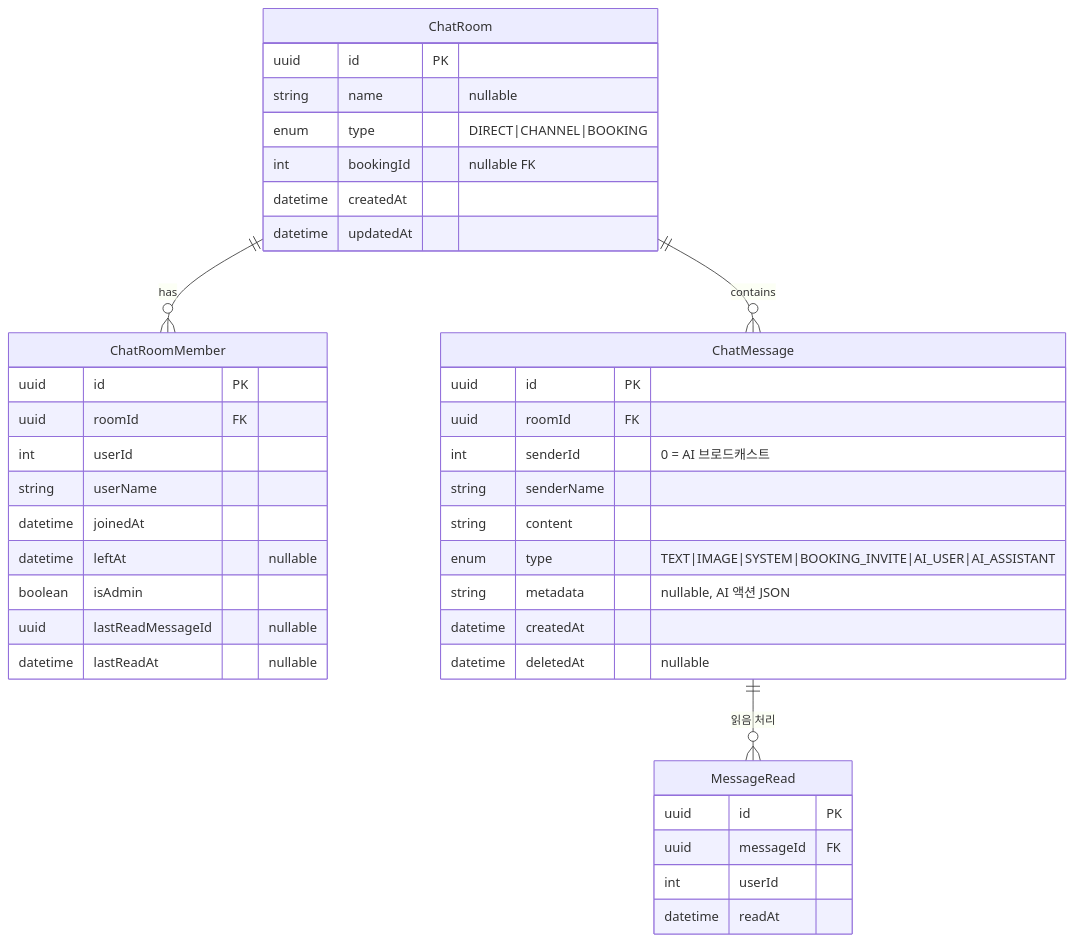
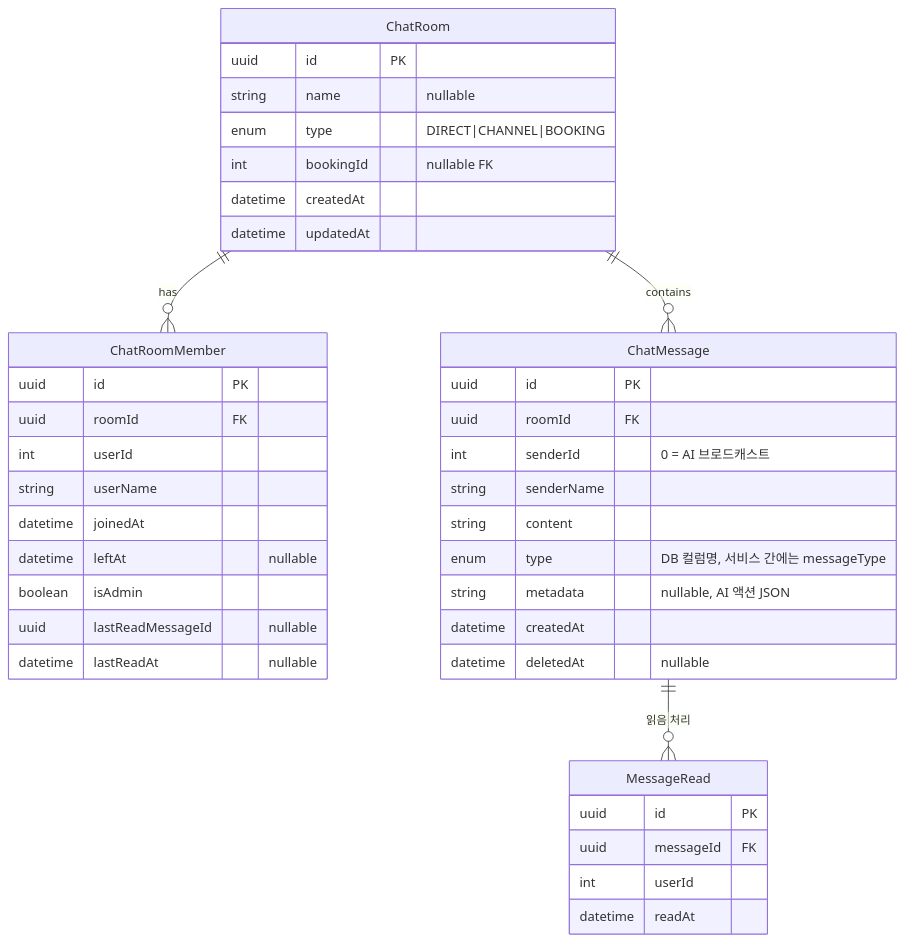
One commit to uniyous/parkgolf-platform changed diagram 21 of 37 in docs/workflow/CHAT.md. Above: the diagram before and after it, drawn with Mermaid. The commit also changed other lines of this file and 6 other files, not shown here.

First line of the commit message:
docs: 아키텍처/워크플로우 문서 현행화 및 SECURITY.md 추가

````diff
--- a/docs/workflow/CHAT.md
+++ b/docs/workflow/CHAT.md
@@ -704,46 +730,46 @@
 ```mermaid
 erDiagram
     ChatRoom ||--o{ ChatRoomMember : has
     ChatRoom ||--o{ ChatMessage : contains
     ChatMessage ||--o{ MessageRead : "읽음 처리"
 
     ChatRoom {
         uuid id PK
         string name "nullable"
         enum type "DIRECT|CHANNEL|BOOKING"
         int bookingId "nullable FK"
         datetime createdAt
         datetime updatedAt
     }
 
     ChatRoomMember {
         uuid id PK
         uuid roomId FK
         int userId
         string userName
         datetime joinedAt
         datetime leftAt "nullable"
         boolean isAdmin
         uuid lastReadMessageId "nullable"
         datetime lastReadAt "nullable"
     }
 
     ChatMessage {
         uuid id PK
         uuid roomId FK
         int senderId "0 = AI 브로드캐스트"
         string senderName
         string content
-        enum type "TEXT|IMAGE|SYSTEM|BOOKING_INVITE|AI_USER|AI_ASSISTANT"
+        enum type "DB 컬럼명, 서비스 간에는 messageType"
         string metadata "nullable, AI 액션 JSON"
         datetime createdAt
         datetime deletedAt "nullable"
     }
 
     MessageRead {
         uuid id PK
         uuid messageId FK
         int userId
         datetime readAt
     }
 ```
````
